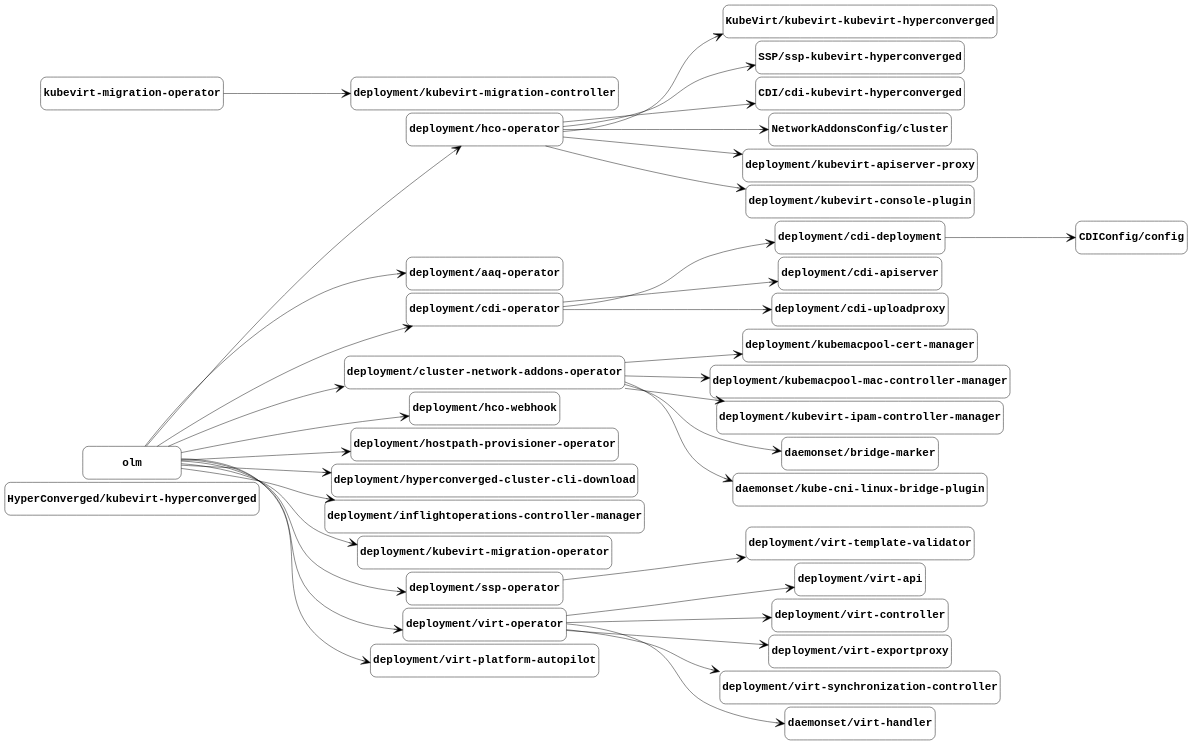
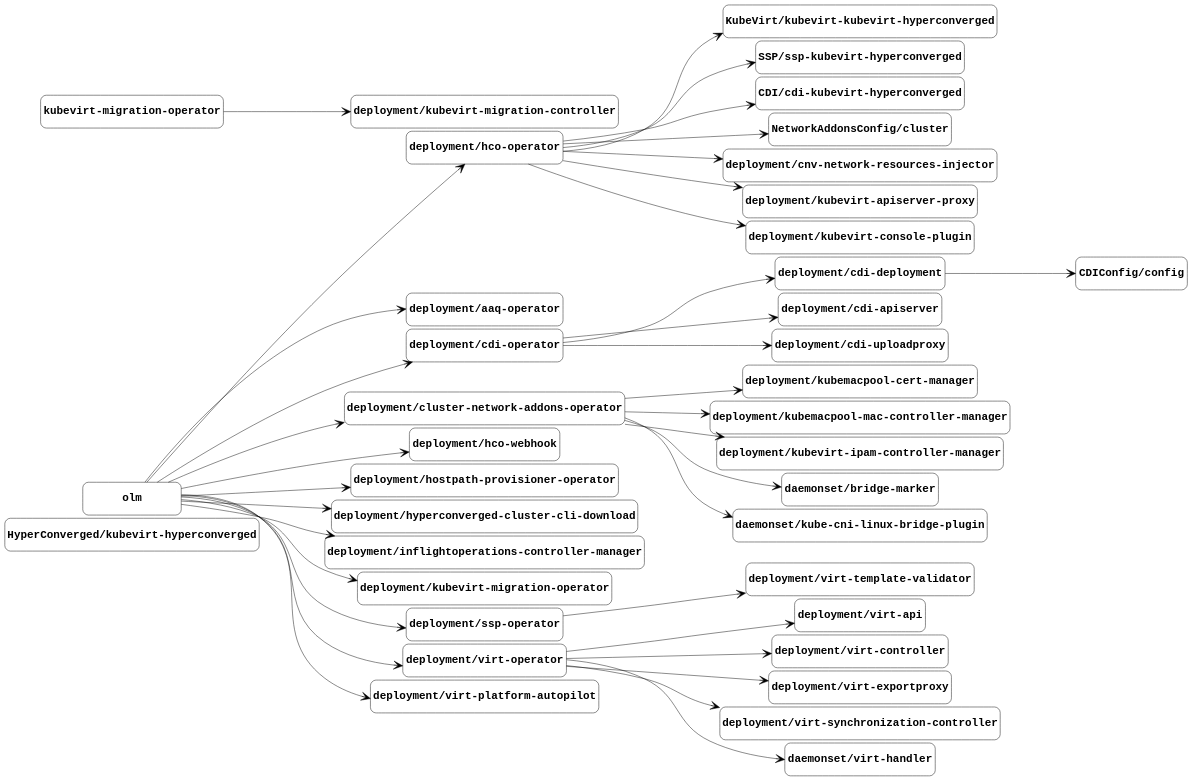
One commit to kubevirt/hyperconverged-cluster-operator changed the diagram in docs/managed-by.gv. Above: the diagram before and after it, drawn with Graphviz. The commit also changed 3 other files, not shown here.

Commit message:
Update component graphs from the nightly job (#4342)

```diff
--- a/docs/managed-by.gv
+++ b/docs/managed-by.gv
@@ -1,108 +1,111 @@
 digraph "managed-by" {
 	graph [center=true margin=0.2 nodesep=0.1 rankdir=LR ranksep=2]
 	node [fontname="Courier-Bold" fontsize=24 height=1 shape=box style=rounded width=3]
 	edge [arrowhead=vee arrowsize=2]
 	"HyperConverged/kubevirt-hyperconverged" [label="HyperConverged/kubevirt-hyperconverged"]
 	"KubeVirt/kubevirt-kubevirt-hyperconverged" [label="KubeVirt/kubevirt-kubevirt-hyperconverged"]
 	"deployment/hco-operator" [label="deployment/hco-operator"]
 	"deployment/hco-operator" -> "KubeVirt/kubevirt-kubevirt-hyperconverged"
 	"SSP/ssp-kubevirt-hyperconverged" [label="SSP/ssp-kubevirt-hyperconverged"]
 	"deployment/hco-operator" [label="deployment/hco-operator"]
 	"deployment/hco-operator" -> "SSP/ssp-kubevirt-hyperconverged"
 	"CDI/cdi-kubevirt-hyperconverged" [label="CDI/cdi-kubevirt-hyperconverged"]
 	"deployment/hco-operator" [label="deployment/hco-operator"]
 	"deployment/hco-operator" -> "CDI/cdi-kubevirt-hyperconverged"
 	"CDIConfig/config" [label="CDIConfig/config"]
 	"deployment/cdi-deployment" [label="deployment/cdi-deployment"]
 	"deployment/cdi-deployment" -> "CDIConfig/config"
 	"NetworkAddonsConfig/cluster" [label="NetworkAddonsConfig/cluster"]
 	"deployment/hco-operator" [label="deployment/hco-operator"]
 	"deployment/hco-operator" -> "NetworkAddonsConfig/cluster"
 	"deployment/aaq-operator" [label="deployment/aaq-operator"]
 	olm [label=olm]
 	olm -> "deployment/aaq-operator"
 	"deployment/cdi-apiserver" [label="deployment/cdi-apiserver"]
 	"deployment/cdi-operator" [label="deployment/cdi-operator"]
 	"deployment/cdi-operator" -> "deployment/cdi-apiserver"
 	"deployment/cdi-deployment" [label="deployment/cdi-deployment"]
 	"deployment/cdi-operator" [label="deployment/cdi-operator"]
 	"deployment/cdi-operator" -> "deployment/cdi-deployment"
 	"deployment/cdi-operator" [label="deployment/cdi-operator"]
 	olm [label=olm]
 	olm -> "deployment/cdi-operator"
 	"deployment/cdi-uploadproxy" [label="deployment/cdi-uploadproxy"]
 	"deployment/cdi-operator" [label="deployment/cdi-operator"]
 	"deployment/cdi-operator" -> "deployment/cdi-uploadproxy"
 	"deployment/cluster-network-addons-operator" [label="deployment/cluster-network-addons-operator"]
 	olm [label=olm]
 	olm -> "deployment/cluster-network-addons-operator"
+	"deployment/cnv-network-resources-injector" [label="deployment/cnv-network-resources-injector"]
+	"deployment/hco-operator" [label="deployment/hco-operator"]
+	"deployment/hco-operator" -> "deployment/cnv-network-resources-injector"
 	"deployment/hco-operator" [label="deployment/hco-operator"]
 	olm [label=olm]
 	olm -> "deployment/hco-operator"
 	"deployment/hco-webhook" [label="deployment/hco-webhook"]
 	olm [label=olm]
 	olm -> "deployment/hco-webhook"
 	"deployment/hostpath-provisioner-operator" [label="deployment/hostpath-provisioner-operator"]
 	olm [label=olm]
 	olm -> "deployment/hostpath-provisioner-operator"
 	"deployment/hyperconverged-cluster-cli-download" [label="deployment/hyperconverged-cluster-cli-download"]
 	olm [label=olm]
 	olm -> "deployment/hyperconverged-cluster-cli-download"
 	"deployment/inflightoperations-controller-manager" [label="deployment/inflightoperations-controller-manager"]
 	olm [label=olm]
 	olm -> "deployment/inflightoperations-controller-manager"
 	"deployment/kubemacpool-cert-manager" [label="deployment/kubemacpool-cert-manager"]
 	"deployment/cluster-network-addons-operator" [label="deployment/cluster-network-addons-operator"]
 	"deployment/cluster-network-addons-operator" -> "deployment/kubemacpool-cert-manager"
 	"deployment/kubemacpool-mac-controller-manager" [label="deployment/kubemacpool-mac-controller-manager"]
 	"deployment/cluster-network-addons-operator" [label="deployment/cluster-network-addons-operator"]
 	"deployment/cluster-network-addons-operator" -> "deployment/kubemacpool-mac-controller-manager"
 	"deployment/kubevirt-apiserver-proxy" [label="deployment/kubevirt-apiserver-proxy"]
 	"deployment/hco-operator" [label="deployment/hco-operator"]
 	"deployment/hco-operator" -> "deployment/kubevirt-apiserver-proxy"
 	"deployment/kubevirt-console-plugin" [label="deployment/kubevirt-console-plugin"]
 	"deployment/hco-operator" [label="deployment/hco-operator"]
 	"deployment/hco-operator" -> "deployment/kubevirt-console-plugin"
 	"deployment/kubevirt-ipam-controller-manager" [label="deployment/kubevirt-ipam-controller-manager"]
 	"deployment/cluster-network-addons-operator" [label="deployment/cluster-network-addons-operator"]
 	"deployment/cluster-network-addons-operator" -> "deployment/kubevirt-ipam-controller-manager"
 	"deployment/kubevirt-migration-controller" [label="deployment/kubevirt-migration-controller"]
 	"kubevirt-migration-operator" [label="kubevirt-migration-operator"]
 	"kubevirt-migration-operator" -> "deployment/kubevirt-migration-controller"
 	"deployment/kubevirt-migration-operator" [label="deployment/kubevirt-migration-operator"]
 	olm [label=olm]
 	olm -> "deployment/kubevirt-migration-operator"
 	"deployment/ssp-operator" [label="deployment/ssp-operator"]
 	olm [label=olm]
 	olm -> "deployment/ssp-operator"
 	"deployment/virt-api" [label="deployment/virt-api"]
 	"deployment/virt-operator" [label="deployment/virt-operator"]
 	"deployment/virt-operator" -> "deployment/virt-api"
 	"deployment/virt-controller" [label="deployment/virt-controller"]
 	"deployment/virt-operator" [label="deployment/virt-operator"]
 	"deployment/virt-operator" -> "deployment/virt-controller"
 	"deployment/virt-exportproxy" [label="deployment/virt-exportproxy"]
 	"deployment/virt-operator" [label="deployment/virt-operator"]
 	"deployment/virt-operator" -> "deployment/virt-exportproxy"
 	"deployment/virt-operator" [label="deployment/virt-operator"]
 	olm [label=olm]
 	olm -> "deployment/virt-operator"
 	"deployment/virt-platform-autopilot" [label="deployment/virt-platform-autopilot"]
 	olm [label=olm]
 	olm -> "deployment/virt-platform-autopilot"
 	"deployment/virt-synchronization-controller" [label="deployment/virt-synchronization-controller"]
 	"deployment/virt-operator" [label="deployment/virt-operator"]
 	"deployment/virt-operator" -> "deployment/virt-synchronization-controller"
 	"deployment/virt-template-validator" [label="deployment/virt-template-validator"]
 	"deployment/ssp-operator" [label="deployment/ssp-operator"]
 	"deployment/ssp-operator" -> "deployment/virt-template-validator"
 	"daemonset/bridge-marker" [label="daemonset/bridge-marker"]
 	"deployment/cluster-network-addons-operator" [label="deployment/cluster-network-addons-operator"]
 	"deployment/cluster-network-addons-operator" -> "daemonset/bridge-marker"
 	"daemonset/kube-cni-linux-bridge-plugin" [label="daemonset/kube-cni-linux-bridge-plugin"]
 	"deployment/cluster-network-addons-operator" [label="deployment/cluster-network-addons-operator"]
 	"deployment/cluster-network-addons-operator" -> "daemonset/kube-cni-linux-bridge-plugin"
 	"daemonset/virt-handler" [label="daemonset/virt-handler"]
 	"deployment/virt-operator" [label="deployment/virt-operator"]
 	"deployment/virt-operator" -> "daemonset/virt-handler"
 }
```
